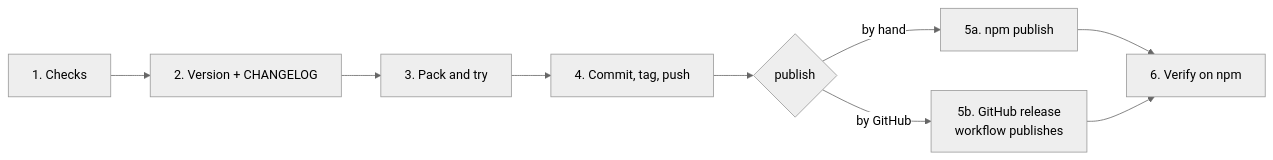
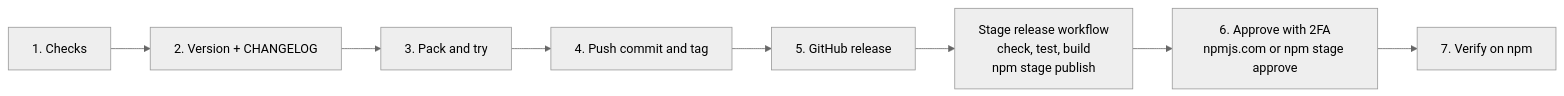
The diagram in RELEASING.md (Godmy/stylist-indexation), drawn with Mermaid (neutral theme) before and after one commit. The commit also changed other lines of this file and 4 other files, not shown here.

First line of the commit message:
Release 1.0.1 through npm staged publishing

````diff
--- a/RELEASING.md
+++ b/RELEASING.md
@@ -5,11 +8,10 @@
 ```mermaid
 flowchart LR
   a["1. Checks"] --> b["2. Version + CHANGELOG"]
   b --> c["3. Pack and try"]
-  c --> d["4. Commit, tag, push"]
-  d --> e{"publish"}
-  e -- by hand --> f["5a. npm publish"]
-  e -- by GitHub --> g["5b. GitHub release<br/>workflow publishes"]
-  f --> h["6. Verify on npm"]
-  g --> h
+  c --> d["4. Push commit and tag"]
+  d --> e["5. GitHub release"]
+  e --> f["Stage release workflow<br/>check, test, build<br/>npm stage publish"]
+  f --> g["6. Approve with 2FA<br/>npmjs.com or npm stage approve"]
+  g --> h["7. Verify on npm"]
 ```
````
